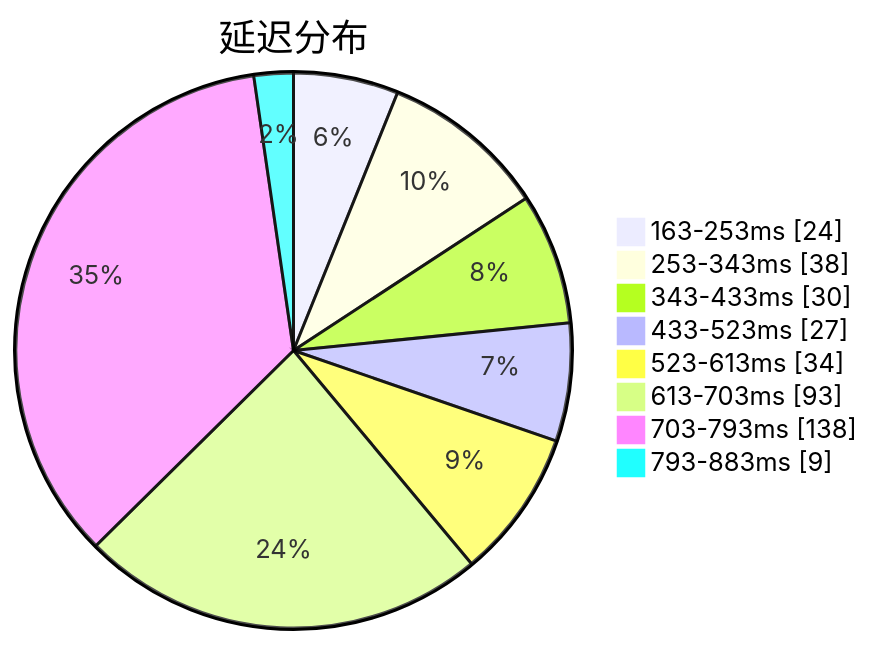
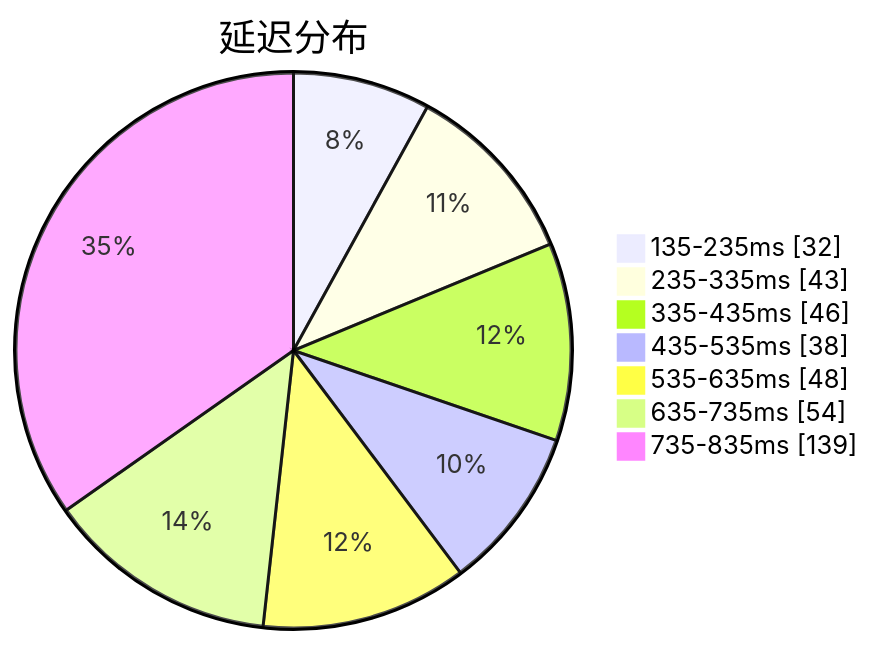
One commit to qjlxg/airport changed the first of 3 diagrams in subs/statistics/tested_within.md. Above: the diagram before and after it, drawn with Mermaid. The commit also changed other lines of this file and 2 other files, not shown here.

Commit message:
Tested by metaST

````diff
--- a/subs/statistics/tested_within.md
+++ b/subs/statistics/tested_within.md
@@ -2,12 +2,11 @@
 ```mermaid
 pie showData
 title 延迟分布
-"163-253ms" : 24
-"253-343ms" : 38
-"343-433ms" : 30
-"433-523ms" : 27
-"523-613ms" : 34
-"613-703ms" : 93
-"703-793ms" : 138
-"793-883ms" : 9
+"135-235ms" : 32
+"235-335ms" : 43
+"335-435ms" : 46
+"435-535ms" : 38
+"535-635ms" : 48
+"635-735ms" : 54
+"735-835ms" : 139
 ```
````
